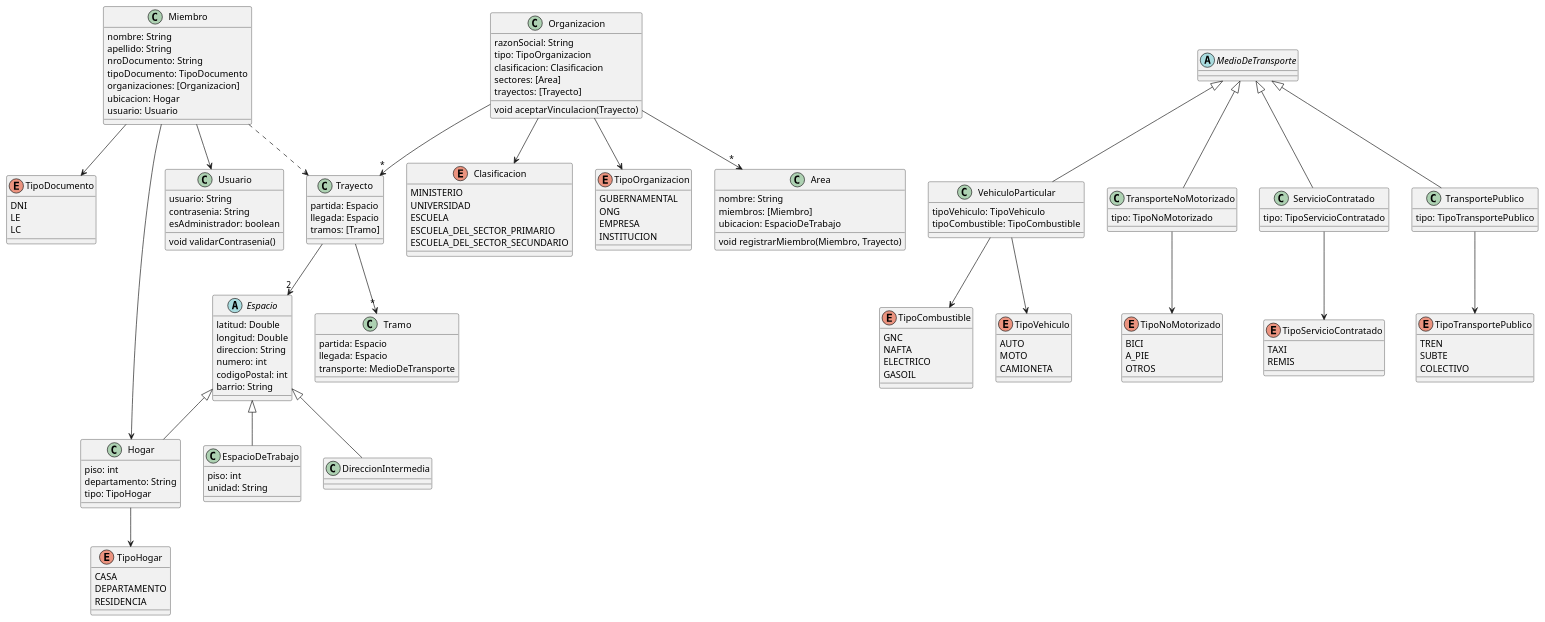
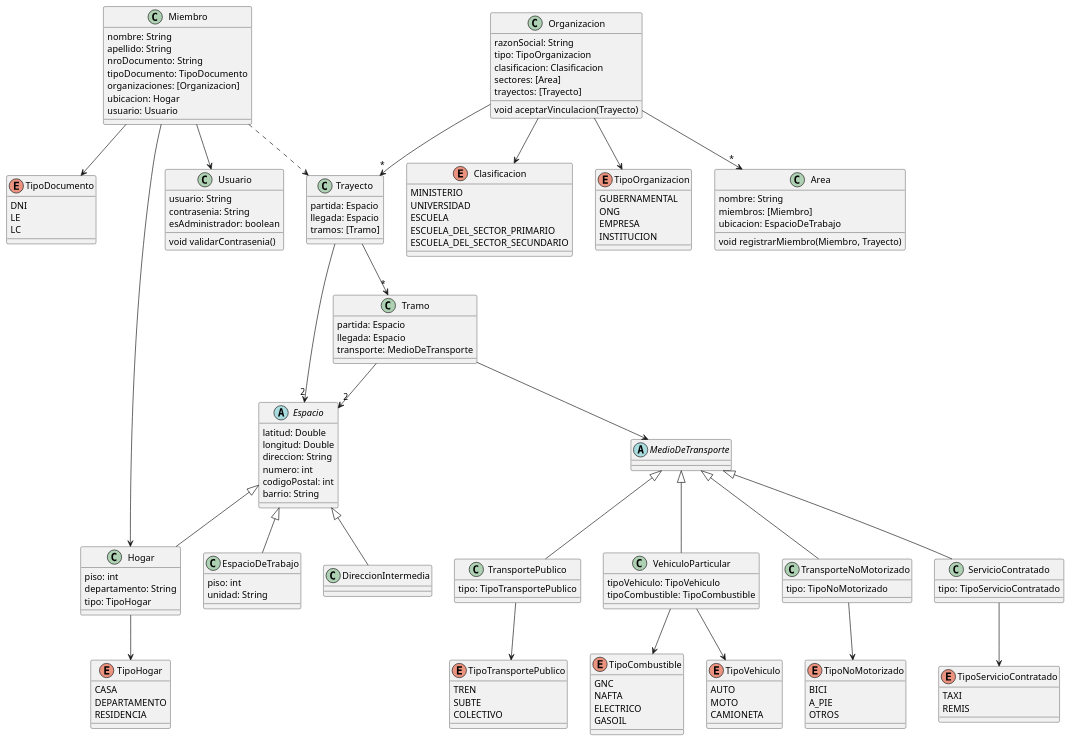
Before and after one commit to IgnacioG2000/TP-DDS: the diagram in src/MiImpactoAmbiental.puml, drawn with PlantUML.

Commit message:
Faltaron 2 relaciones xD

```diff
--- a/src/MiImpactoAmbiental.puml
+++ b/src/MiImpactoAmbiental.puml
@@ -1,176 +1,179 @@
 @startuml
 class Miembro {
 nombre: String
 apellido: String
 nroDocumento: String
 tipoDocumento: TipoDocumento
 organizaciones: [Organizacion]
 ubicacion: Hogar
 usuario: Usuario
 }
 
 class Organizacion {
 razonSocial: String
 tipo: TipoOrganizacion
 clasificacion: Clasificacion
 sectores: [Area]
 trayectos: [Trayecto]
 
 void aceptarVinculacion(Trayecto)
 }
 
 class Trayecto {
 partida: Espacio
 llegada: Espacio
 tramos: [Tramo]
 }
 
 class Area {
 nombre: String
 miembros: [Miembro]
 ubicacion: EspacioDeTrabajo
 
 void registrarMiembro(Miembro, Trayecto)
 }
 
 enum TipoDocumento {
 DNI
 LE
 LC
 }
 
 enum Clasificacion {
 MINISTERIO
 UNIVERSIDAD
 ESCUELA
 ESCUELA_DEL_SECTOR_PRIMARIO
 ESCUELA_DEL_SECTOR_SECUNDARIO
 }
 
 enum TipoOrganizacion {
 GUBERNAMENTAL
 ONG
 EMPRESA
 INSTITUCION
 }
 
 abstract class MedioDeTransporte {
 
 }
 
 class Tramo {
 partida: Espacio
 llegada: Espacio
 transporte: MedioDeTransporte
 }
 
 class VehiculoParticular extends MedioDeTransporte {
 tipoVehiculo: TipoVehiculo
 tipoCombustible: TipoCombustible
 }
 
 enum TipoCombustible {
 GNC
 NAFTA
 ELECTRICO
 GASOIL
 }
 
 enum TipoVehiculo {
 AUTO
 MOTO
 CAMIONETA
 }
 
 class TransporteNoMotorizado extends MedioDeTransporte {
 tipo: TipoNoMotorizado
 }
 
 enum TipoNoMotorizado {
 BICI
 A_PIE
 OTROS
 }
 
 class ServicioContratado extends MedioDeTransporte {
 tipo: TipoServicioContratado
 }
 
 enum TipoServicioContratado {
 TAXI
 REMIS
 }
 
 class TransportePublico extends MedioDeTransporte {
 tipo: TipoTransportePublico
 }
 
 enum TipoTransportePublico {
 TREN
 SUBTE
 COLECTIVO
 }
 
 abstract class Espacio {
 latitud: Double
 longitud: Double
 direccion: String
 numero: int
 codigoPostal: int
 barrio: String
 }
 
 class DireccionIntermedia extends Espacio {
 
 }
 
 class Hogar extends Espacio {
 piso: int
 departamento: String
 tipo: TipoHogar
 }
 
 class EspacioDeTrabajo extends Espacio {
 piso: int
 unidad: String
 }
 
 enum TipoHogar {
 CASA
 DEPARTAMENTO
 RESIDENCIA
 }
 
 class Usuario {
 usuario: String
 contrasenia: String
 esAdministrador: boolean
 
 void validarContrasenia()
 }
 
 Miembro --> TipoDocumento
 Miembro --> Hogar
 Miembro --> Usuario
 Miembro ..> Trayecto
 
 Organizacion --> "*" Area
 Organizacion --> TipoOrganizacion
 Organizacion --> Clasificacion
 Organizacion --> "*" Trayecto
 
 Trayecto --> "2" Espacio
 Trayecto --> "*" Tramo
 
+Tramo --> "2" Espacio
+Tramo --> MedioDeTransporte
+
 Hogar --> TipoHogar
 
 VehiculoParticular --> TipoVehiculo
 VehiculoParticular --> TipoCombustible
 
 ServicioContratado --> TipoServicioContratado
 
 TransportePublico --> TipoTransportePublico
 
 TransporteNoMotorizado --> TipoNoMotorizado
 
 @enduml
```
